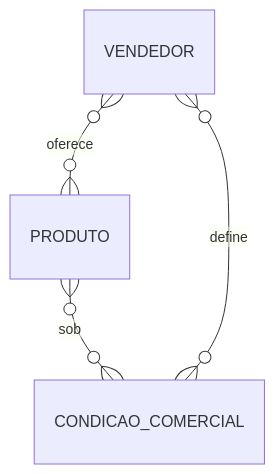
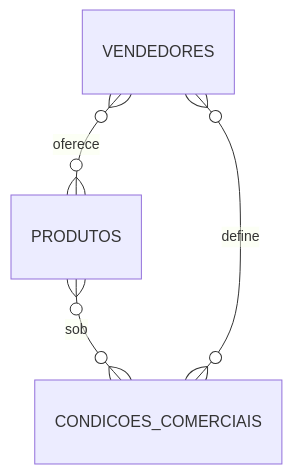
One commit to GTI-Fatec-Jahu/BDA-GTI-2026-2 changed the third of 8 diagrams in docs/aulas/Aula_03_Gabarito.md. Above: the diagram before and after it, drawn with Mermaid. The commit also changed other lines of this file and 5 other files, not shown here.

````diff
--- a/docs/aulas/Aula_03_Gabarito.md
+++ b/docs/aulas/Aula_03_Gabarito.md
@@ -113,6 +113,6 @@
 ```mermaid
 erDiagram
-    VENDEDOR }o--o{ PRODUTO : "oferece"
-    PRODUTO }o--o{ CONDICAO_COMERCIAL : "sob"
-    VENDEDOR }o--o{ CONDICAO_COMERCIAL : "define"
+    VENDEDORES }o--o{ PRODUTOS : "oferece"
+    PRODUTOS }o--o{ CONDICOES_COMERCIAIS : "sob"
+    VENDEDORES }o--o{ CONDICOES_COMERCIAIS : "define"
 ```
````
